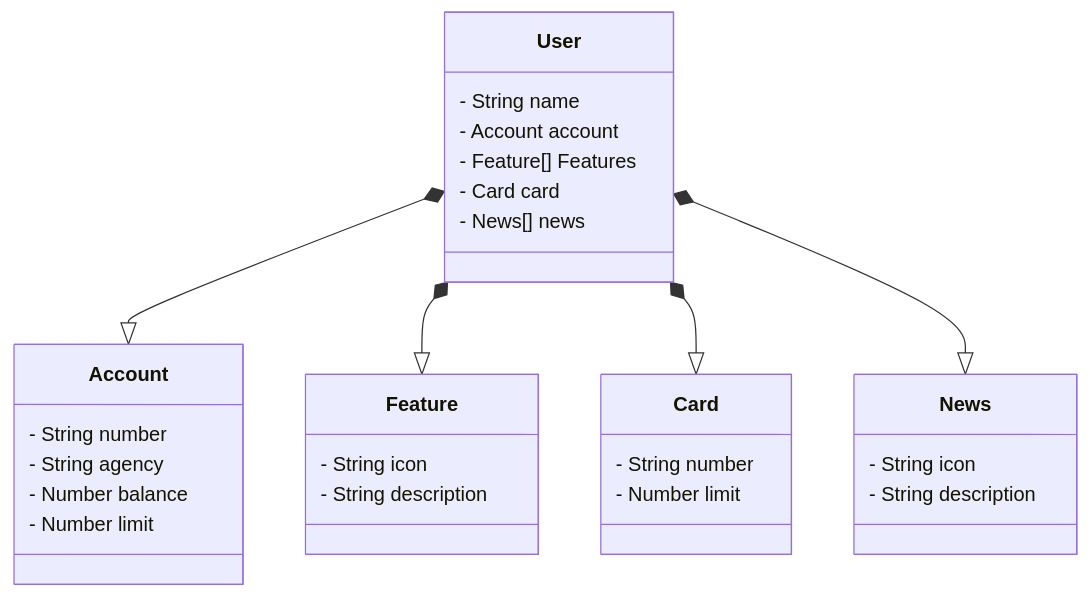
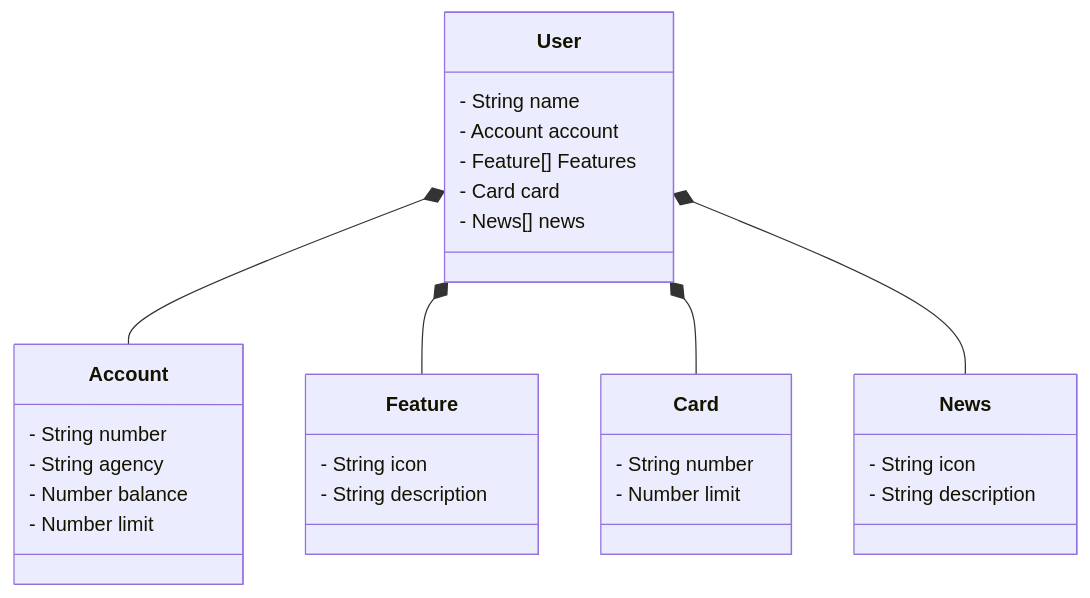
The diagram in santander-dev-week-2023/README.md (raqlsmelo/dio-trilha-java-basico), drawn with Mermaid before and after one commit.

````diff
--- a/santander-dev-week-2023/README.md
+++ b/santander-dev-week-2023/README.md
@@ -8,37 +8,37 @@
 ```mermaid
 classDiagram
   class User {
     - String name
     - Account account
     - Feature[] Features
     - Card card
     - News[] news 
   }
 
   class Account {
     - String number
     - String agency
     - Number balance
     - Number limit
   }
 
   class Feature {
     - String icon 
     - String description
   }
 
   class Card {
     - String number
     - Number limit
   }
 
   class News {
     - String icon
     - String description
   }
 
-  User *--|> Account
-  User *--|> Feature
-  User *--|> Card
-  User *--|> News
+  User *-- Account
+  User *-- Feature
+  User *-- Card
+  User *-- News
 ```
````
